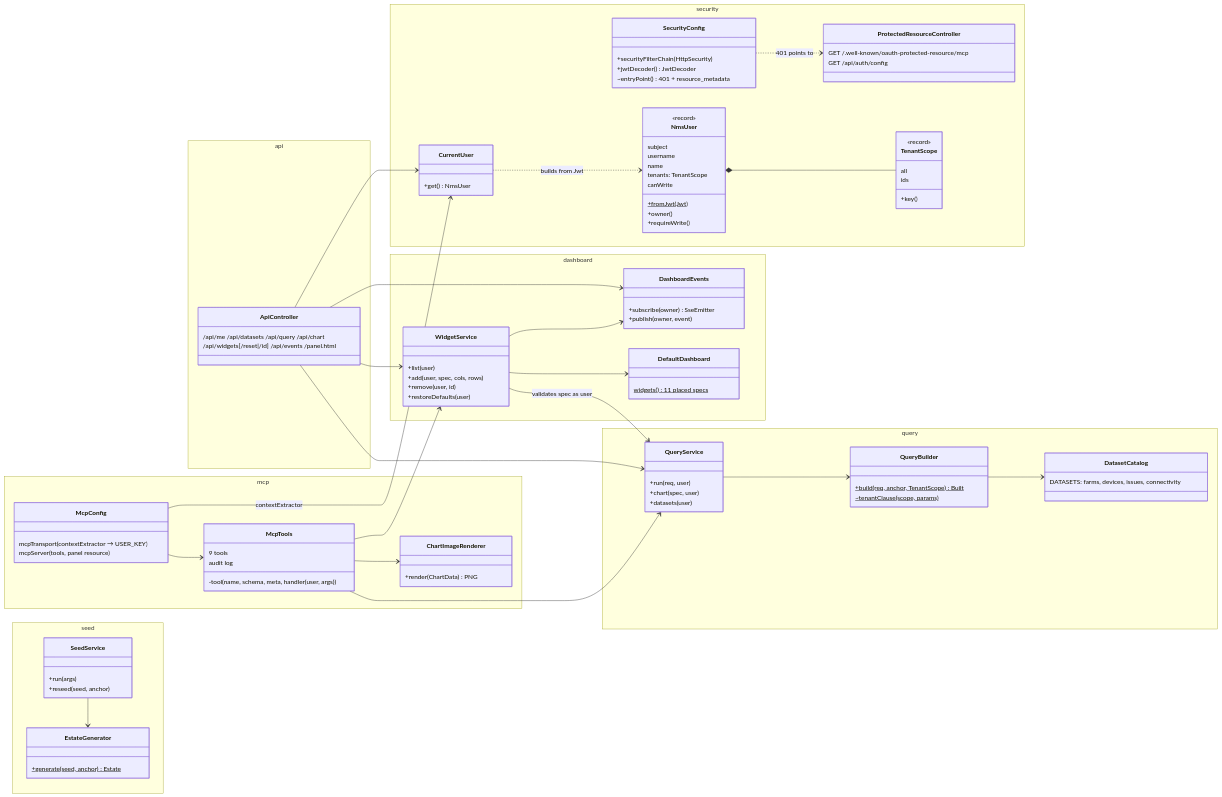
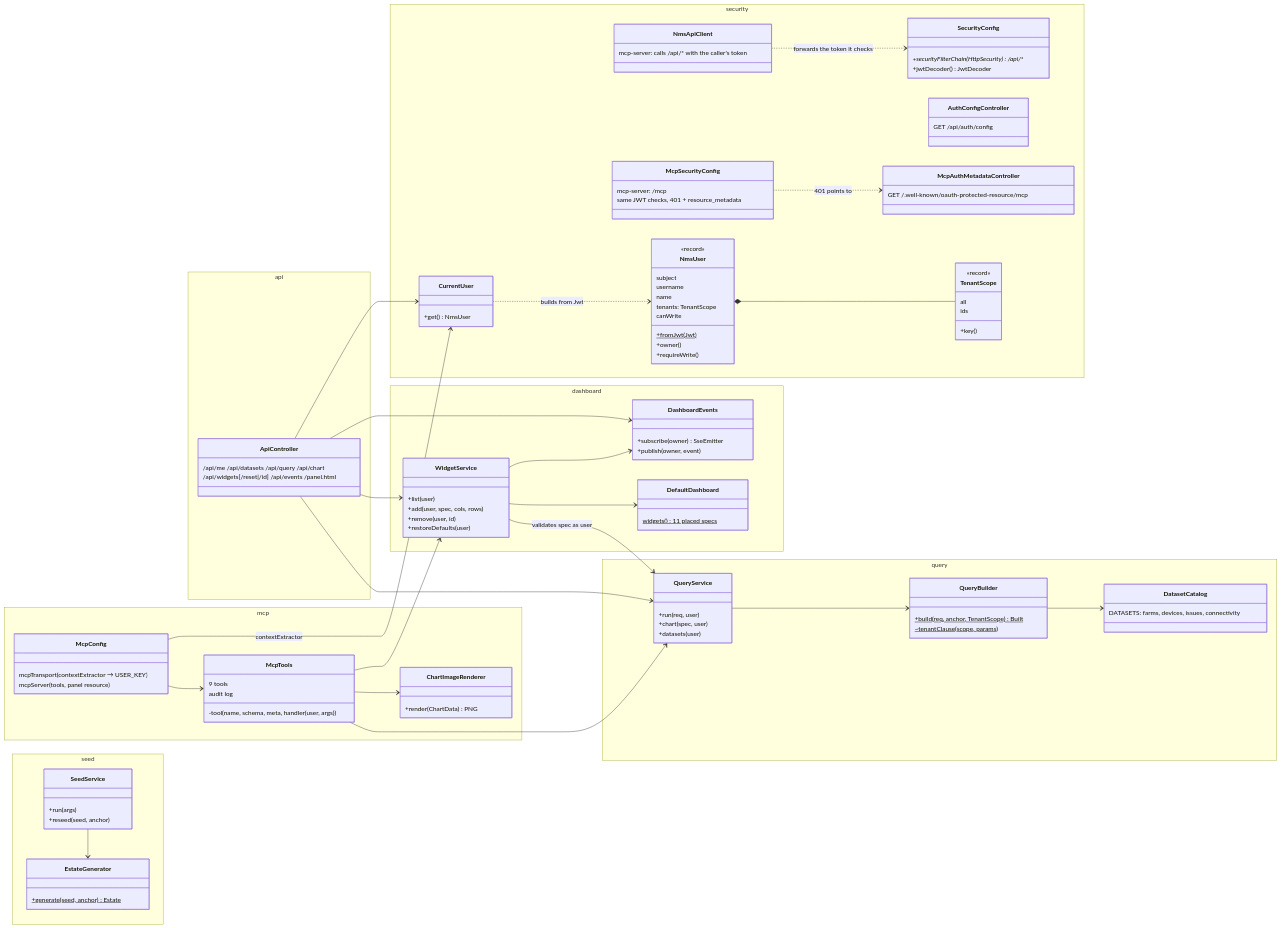
Before and after one commit to gangavaa/MCP-Hackathon-4: the seventh of 10 diagrams in docs/architecture.md, drawn with Mermaid. The commit also changed other lines of this file and 188 other files, not shown here.

First line of the commit message:
Restructure into domain packages and split out the MCP server

```diff
--- a/docs/architecture.md
+++ b/docs/architecture.md
@@ -204,13 +204,21 @@
 
   namespace security {
     class SecurityConfig {
-      +securityFilterChain(HttpSecurity)
+      +securityFilterChain(HttpSecurity) /api/**
       +jwtDecoder() JwtDecoder
-      ~entryPoint() 401 + resource_metadata
     }
-    class ProtectedResourceController {
+    class AuthConfigController {
+      GET /api/auth/config
+    }
+    class McpSecurityConfig {
+      mcp-server: /mcp
+      same JWT checks, 401 + resource_metadata
+    }
+    class NmsApiClient {
+      mcp-server: calls /api/* with the caller's token
+    }
+    class McpAuthMetadataController {
       GET /.well-known/oauth-protected-resource/mcp
-      GET /api/auth/config
     }
     class CurrentUser {
       +get() NmsUser
@@ -297,7 +305,8 @@
     }
   }
 
-  SecurityConfig ..> ProtectedResourceController : 401 points to
+  NmsApiClient ..> SecurityConfig : forwards the token it checks
+  McpSecurityConfig ..> McpAuthMetadataController : 401 points to
   CurrentUser ..> NmsUser : builds from Jwt
   NmsUser *-- TenantScope
   ApiController --> CurrentUser
```
